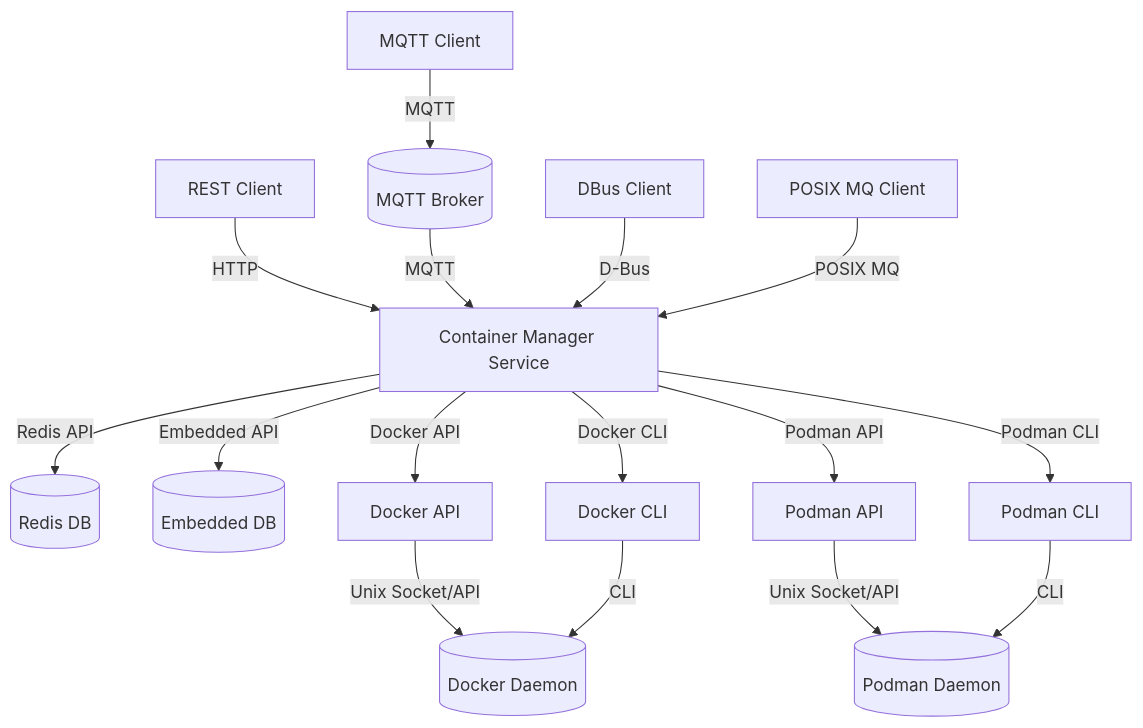
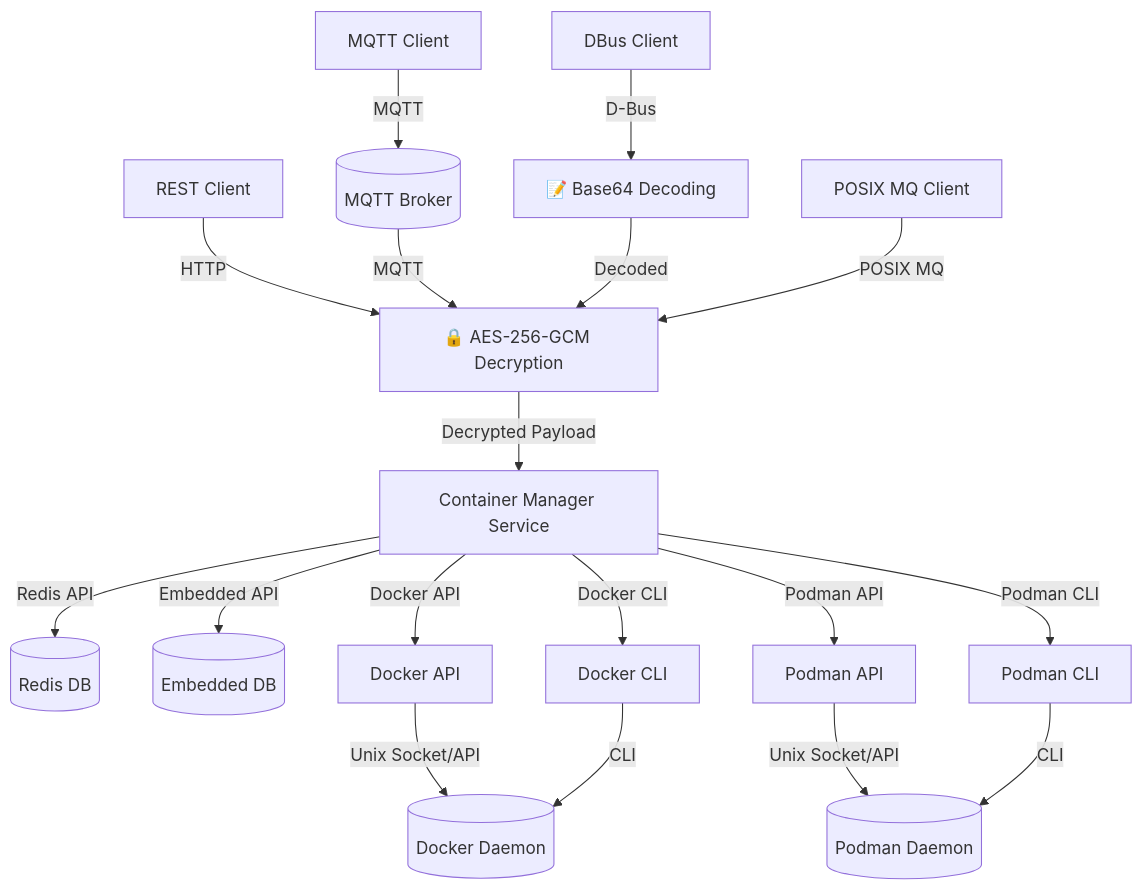
The sixth of 6 diagrams in docs/architecture/architecture_diagram.md (Komal-kalyanraman/container_manager), drawn with Mermaid before and after one commit. The commit also changed other lines of this file and 20 other files, not shown here.

Commit message:
Implemented AES-256-GCM encryption decryption. - Modified README.md to document new security features and usage examples for encryption. - Updated architecture documentation to reflect the new security layer and its integration with existing protocols.

````diff
--- a/docs/architecture/architecture_diagram.md
+++ b/docs/architecture/architecture_diagram.md
@@ -196,37 +225,55 @@
 ```mermaid
 graph TD
-    CM[Container Manager Service]
-    Redis[(Redis DB)]
-    Embedded[(Embedded DB)]
-    Docker[(Docker Daemon)]
-    Podman[(Podman Daemon)]
-    MQTTB[(MQTT Broker)]
+    %% Clients and Brokers
     Client1[REST Client]
     Client2[MQTT Client]
     Client3[DBus Client]
     Client4[POSIX MQ Client]
+    MQTTB[(MQTT Broker)]
+
+    %% Security/Decoding Modules
+    B64[📝 Base64 Decoding]
+    ENCRYPT[🔒 AES-256-GCM Decryption]
+
+    %% Main Service
+    CM[Container Manager Service]
+
+    %% Databases
+    Redis[(Redis DB)]
+    Embedded[(Embedded DB)]
+
+    %% Docker/Podman Daemons and APIs
+    Docker[(Docker Daemon)]
+    Podman[(Podman Daemon)]
     DockerAPI[Docker API]
     DockerCLI[Docker CLI]
     PodmanAPI[Podman API]
     PodmanCLI[Podman CLI]
 
-    Client1-->|HTTP|CM
-    Client2-->|MQTT|MQTTB-->|MQTT|CM
-    Client3-->|D-Bus|CM
-    Client4-->|POSIX MQ|CM
+    %% Client to Service (with security modules)
+    Client1 -->|HTTP| ENCRYPT
+    Client2 -->|MQTT| MQTTB
+    MQTTB -->|MQTT| ENCRYPT
+    Client3 -->|D-Bus| B64
+    B64 -->|Decoded| ENCRYPT
+    Client4 -->|POSIX MQ| ENCRYPT
 
-    CM-->|Redis API|Redis
-    CM-->|Embedded API|Embedded
+    %% Decryption to Main Service
+    ENCRYPT -->|Decrypted Payload| CM
+
+    %% Database connections
+    CM -->|Redis API| Redis
+    CM -->|Embedded API| Embedded
 
     %% Docker connections
-    CM-->|Docker API|DockerAPI
-    CM-->|Docker CLI|DockerCLI
-    DockerAPI-->|Unix Socket/API|Docker
-    DockerCLI-->|CLI|Docker
+    CM -->|Docker API| DockerAPI
+    CM -->|Docker CLI| DockerCLI
+    DockerAPI -->|Unix Socket/API| Docker
+    DockerCLI -->|CLI| Docker
 
     %% Podman connections
-    CM-->|Podman API|PodmanAPI
-    CM-->|Podman CLI|PodmanCLI
-    PodmanAPI-->|Unix Socket/API|Podman
-    PodmanCLI-->|CLI|Podman
+    CM -->|Podman API| PodmanAPI
+    CM -->|Podman CLI| PodmanCLI
+    PodmanAPI -->|Unix Socket/API| Podman
+    PodmanCLI -->|CLI| Podman
 ```
````
